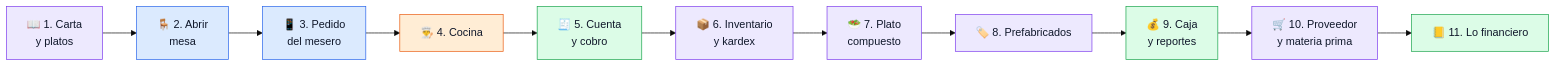
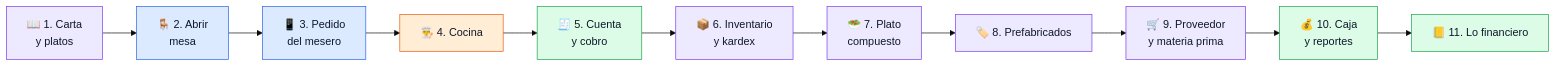
One commit to sotobotero/sotobotero-projects-docs changed the first of 6 diagrams in ada/qa/docs/qa/e2e-restaurante-demo.md. Above: the diagram before and after it, drawn with Mermaid (base theme). The commit also changed other lines of this file, not shown here.

````diff
--- a/ada/qa/docs/qa/e2e-restaurante-demo.md
+++ b/ada/qa/docs/qa/e2e-restaurante-demo.md
@@ -33,18 +38,18 @@
 ```mermaid
 flowchart LR
     A["📖 1. Carta<br/>y platos"]:::stock --> B["🪑 2. Abrir<br/>mesa"]:::sala
     B --> C["📱 3. Pedido<br/>del mesero"]:::sala
     C --> D["👨‍🍳 4. Cocina"]:::cocina
     D --> E["🧾 5. Cuenta<br/>y cobro"]:::caja
     E --> F["📦 6. Inventario<br/>y kardex"]:::stock
     F --> G["🥗 7. Plato<br/>compuesto"]:::stock
     G --> H["🏷️ 8. Prefabricados"]:::stock
-    H --> I["💰 9. Caja<br/>y reportes"]:::caja
-    I --> J["🛒 10. Proveedor<br/>y materia prima"]:::stock
+    H --> I["🛒 9. Proveedor<br/>y materia prima"]:::stock
+    I --> J["💰 10. Caja<br/>y reportes"]:::caja
     J --> K["📒 11. Lo financiero"]:::caja
     classDef sala fill:#dbeafe,stroke:#2563eb,color:#0f172a
     classDef cocina fill:#ffedd5,stroke:#ea580c,color:#0f172a
     classDef caja fill:#dcfce7,stroke:#16a34a,color:#0f172a
     classDef stock fill:#ede9fe,stroke:#7c3aed,color:#0f172a
     classDef aviso fill:#fef9c3,stroke:#ca8a04,color:#0f172a
 ```
````
